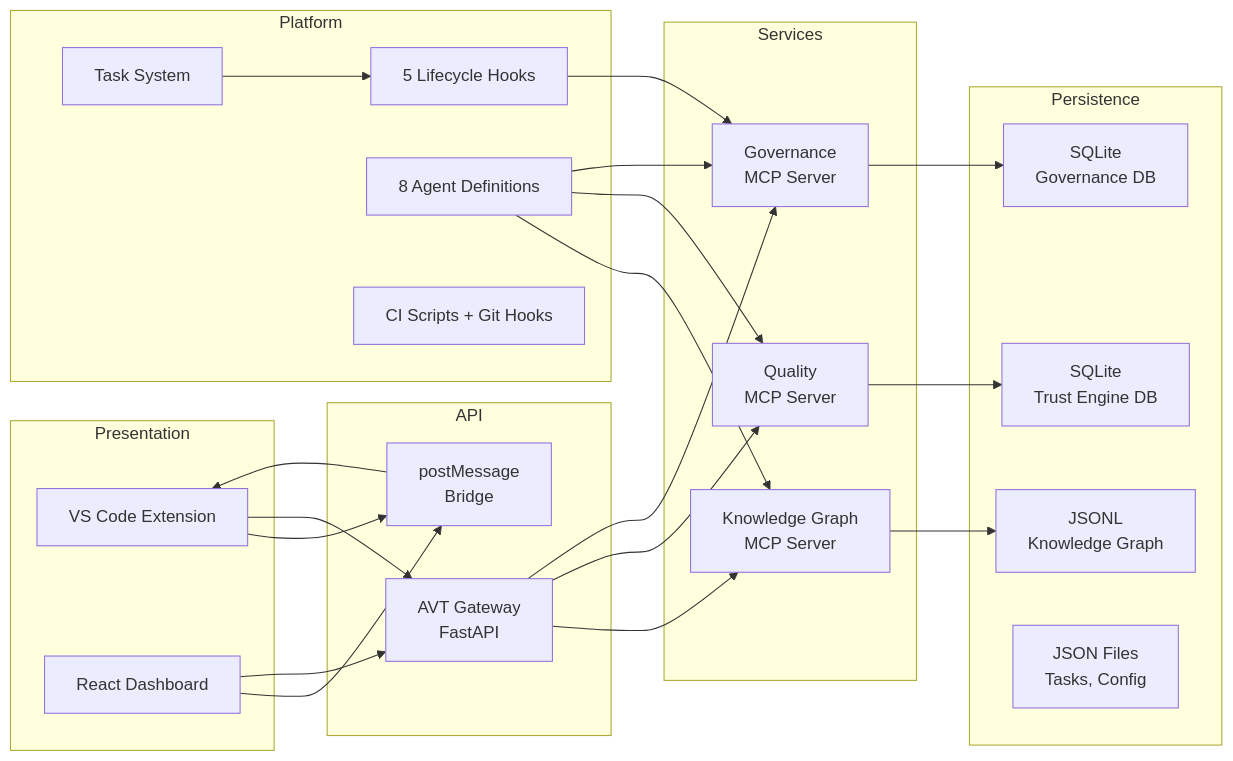
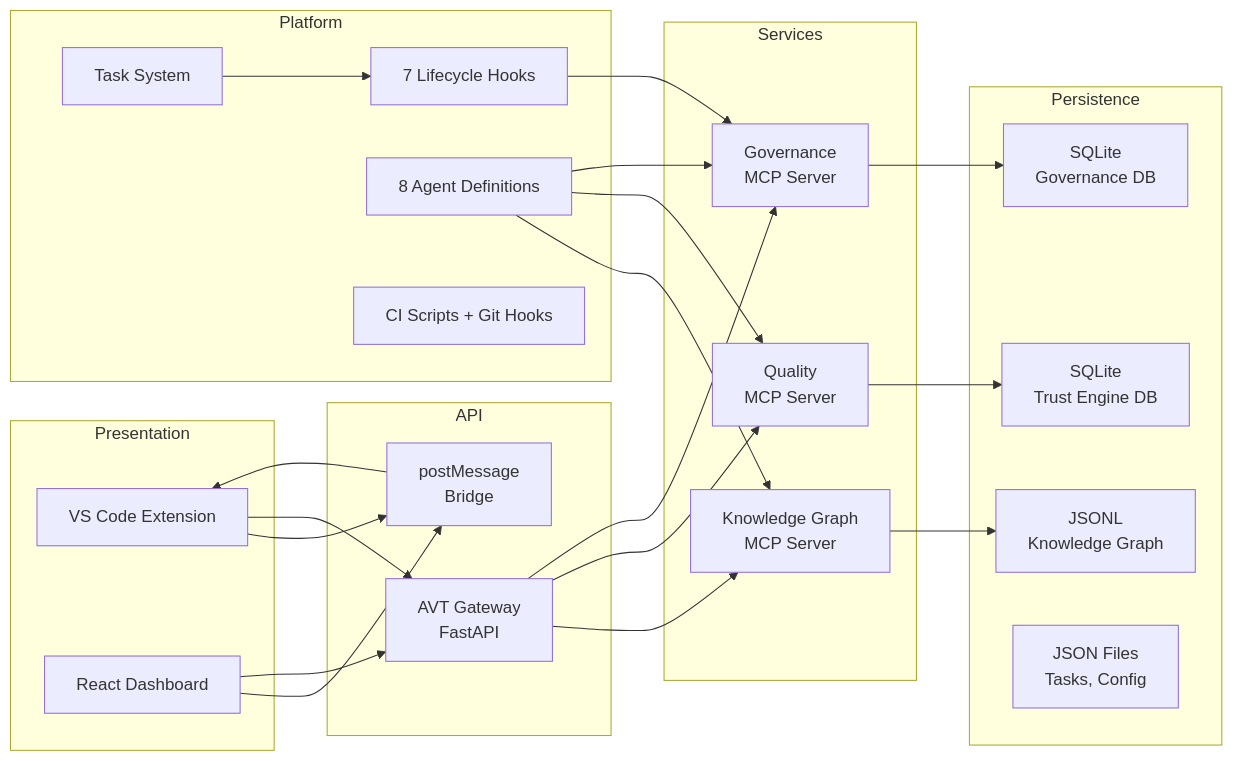
The second of 2 diagrams in docs/architecture/overview.md (sirfifer/agent-vision-team), drawn with Mermaid before and after one commit. The commit also changed other lines of this file and 22 other files, not shown here.

````diff
--- a/docs/architecture/overview.md
+++ b/docs/architecture/overview.md
@@ -56,49 +56,49 @@
 ```mermaid
 graph LR
     subgraph Presentation
         Ext[VS Code Extension]
         Dash[React Dashboard]
     end
 
     subgraph API
         GW[AVT Gateway<br/>FastAPI]
         PM[postMessage<br/>Bridge]
     end
 
     subgraph Services
         KG[Knowledge Graph<br/>MCP Server]
         QS[Quality<br/>MCP Server]
         GOV[Governance<br/>MCP Server]
     end
 
     subgraph Persistence
         JSONL[JSONL<br/>Knowledge Graph]
         SQLite1[SQLite<br/>Governance DB]
         SQLite2[SQLite<br/>Trust Engine DB]
         JSON[JSON Files<br/>Tasks, Config]
     end
 
     subgraph Platform
-        Hooks[5 Lifecycle Hooks]
+        Hooks[7 Lifecycle Hooks]
         Agents[8 Agent Definitions]
         Tasks[Task System]
         CI[CI Scripts + Git Hooks]
     end
 
     Ext --> PM
     Ext --> GW
     Dash --> PM
     Dash --> GW
     GW --> KG
     GW --> QS
     GW --> GOV
     PM --> Ext
     KG --> JSONL
     GOV --> SQLite1
     QS --> SQLite2
     Hooks --> GOV
     Agents --> KG
     Agents --> QS
     Agents --> GOV
     Tasks --> Hooks
 ```
````
